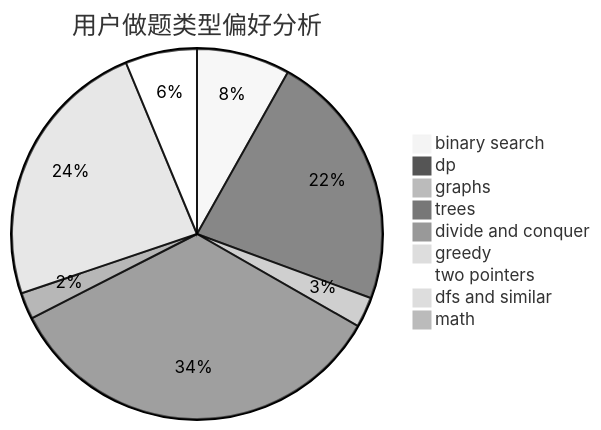
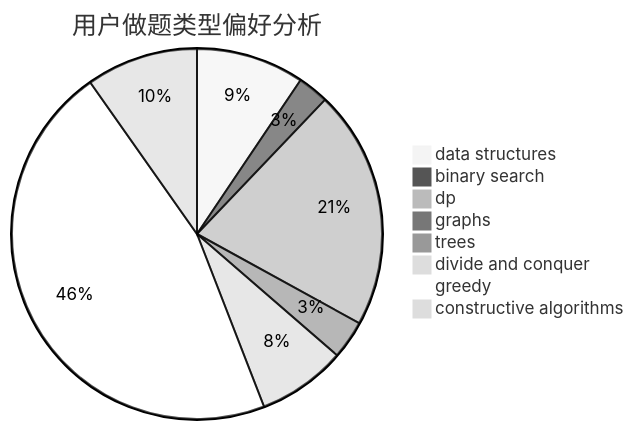
One commit to sherpahu/cfrs.github.io changed the second of 3 diagrams in docs/user/u1292.md. Above: the diagram before and after it, drawn with Mermaid (neutral theme). The commit also changed other lines of this file and 2775 other files, not shown here.

````diff
--- a/docs/user/u1292.md
+++ b/docs/user/u1292.md
@@ -23,12 +23,11 @@
 ```mermaid
 pie title 用户做题类型偏好分析
-    "binary search" :  95
-    "dp" :  262
-    "graphs" :  31
-    "trees" :  399
-    "divide and conquer" :  27
-    "greedy" :  279
-    "two pointers" :  73
-    "dfs and similar" :  0
-    "math" :  0
+    "data structures" :  28
+    "binary search" :  8
+    "dp" :  62
+    "graphs" :  0
+    "trees" :  10
+    "divide and conquer" :  23
+    "greedy" :  137
+    "constructive algorithms" :  29
 ```
````
